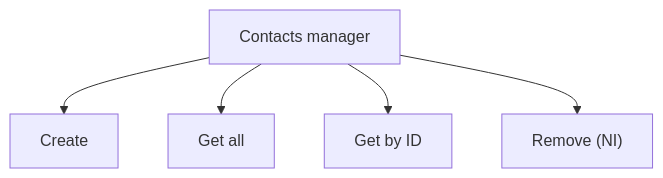
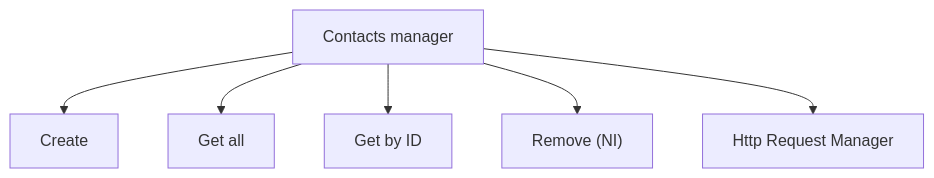
The second of 5 diagrams in README.md (Chi-Iroh/HubSpot-API), drawn with Mermaid before and after one commit. The commit also changed other lines of this file, not shown here.

````diff
--- a/README.md
+++ b/README.md
@@ -40,7 +40,8 @@
 ```mermaid
 graph TD;
     A[Contacts manager] --> B[Create];
     A --> C[Get all];
     A --> D[Get by ID];
     A --> E["Remove (NI)"];
+    A --> F["Http Request Manager"]
 ```
````
